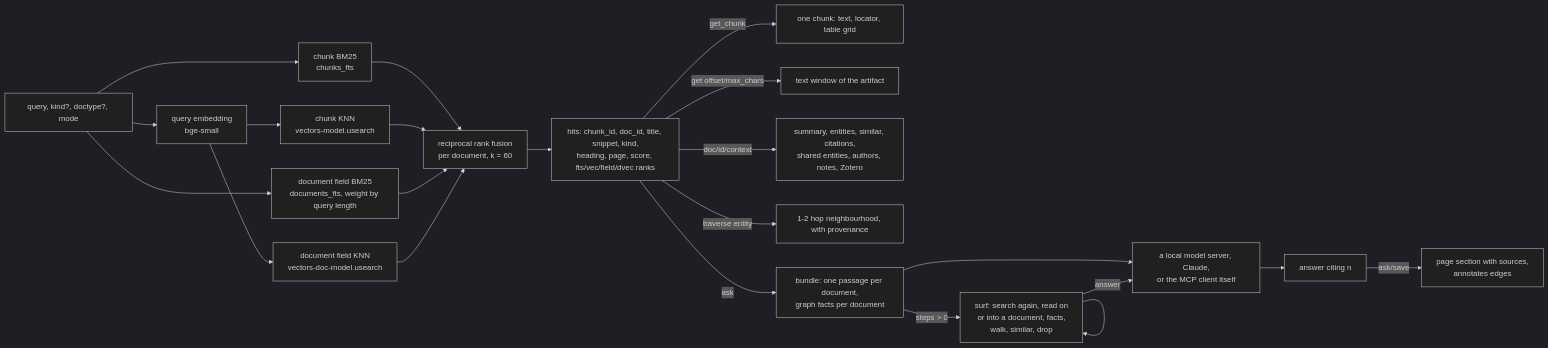
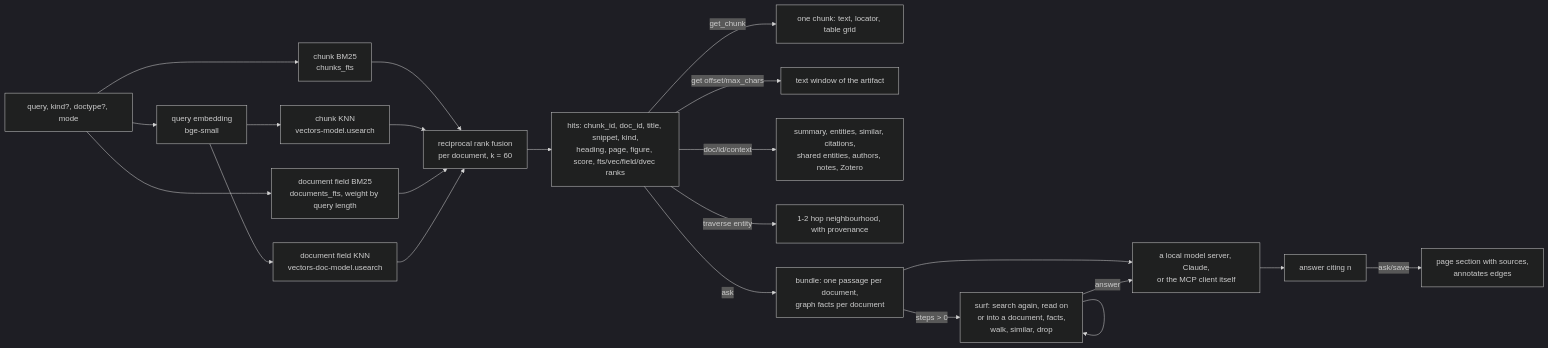
Before and after one commit to lodsb/prax: the third of 3 diagrams in docs/architecture.md, drawn with Mermaid (dark theme). The commit also changed 11 other files, not shown here.

First line of the commit message:
The figure where it is cited: a hit and a passage carry the figure's reference, the UI shows the picture

````diff
--- a/docs/architecture.md
+++ b/docs/architecture.md
@@ -173,19 +173,19 @@
 ```mermaid
 flowchart LR
   Q[query, kind?, doctype?, mode] --> FTS[chunk BM25<br/>chunks_fts]
   Q --> QE[query embedding<br/>bge-small] --> KNN[chunk KNN<br/>vectors-model.usearch]
   Q --> DF[document field BM25<br/>documents_fts, weight by query length]
   QE --> DK[document field KNN<br/>vectors-doc-model.usearch]
   FTS --> RRF[reciprocal rank fusion<br/>per document, k = 60]
   KNN --> RRF
   DF --> RRF
   DK --> RRF
-  RRF --> H[hits: chunk_id, doc_id, title, snippet, kind,<br/>heading, page, score, fts/vec/field/dvec ranks]
+  RRF --> H[hits: chunk_id, doc_id, title, snippet, kind,<br/>heading, page, figure, score, fts/vec/field/dvec ranks]
   H -->|get_chunk| C[one chunk: text, locator, table grid]
   H -->|get offset/max_chars| T[text window of the artifact]
   H -->|doc/id/context| X[summary, entities, similar, citations,<br/>shared entities, authors, notes, Zotero]
   H -->|traverse entity| G[1-2 hop neighbourhood, with provenance]
   H -->|ask| B[bundle: one passage per document,<br/>graph facts per document] --> M[a local model server, Claude,<br/>or the MCP client itself] --> A[answer citing n] -->|ask/save| P[page section with sources,<br/>annotates edges]
   B -->|steps > 0| S[surf: search again, read on<br/>or into a document, facts,<br/>walk, similar, drop] --> S
   S -->|answer| M
 ```
````
